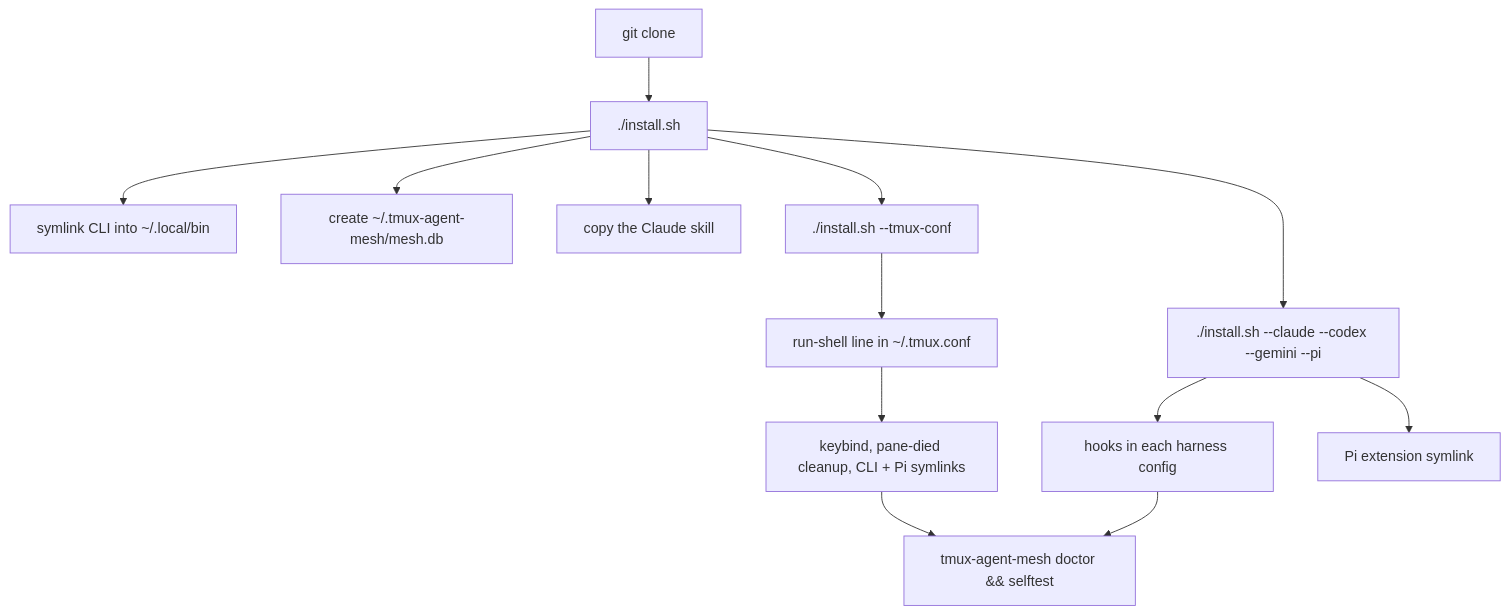
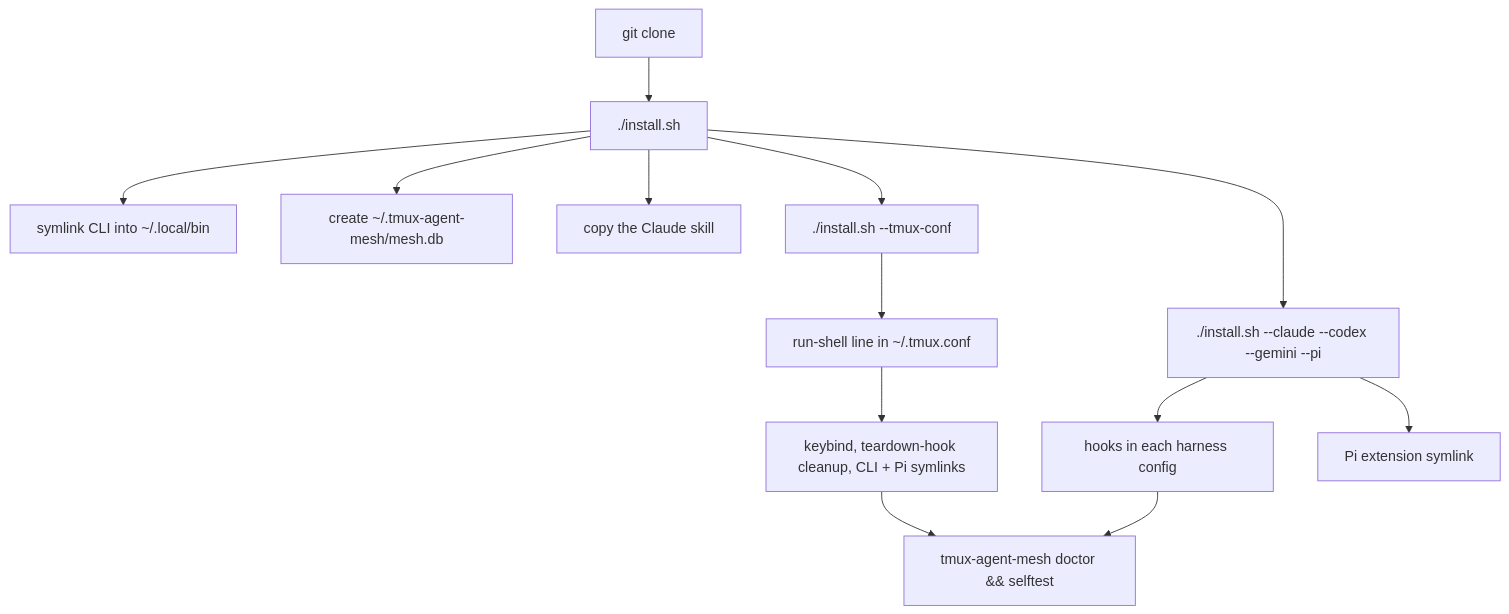
The fifth of 14 diagrams in README.md (KakkoiDev/tmux-agent-mesh), drawn with Mermaid before and after one commit. The commit also changed other lines of this file and 4 other files, not shown here.

````diff
--- a/README.md
+++ b/README.md
@@ -160,18 +160,18 @@
 ```mermaid
 flowchart TB
     Clone["git clone"] --> Base["./install.sh"]
     Base --> B1["symlink CLI into ~/.local/bin"]
     Base --> B2["create ~/.tmux-agent-mesh/mesh.db"]
     Base --> B3["copy the Claude skill"]
 
     Base --> Conf["./install.sh --tmux-conf"]
     Conf --> C1["run-shell line in ~/.tmux.conf"]
-    C1 --> C2["keybind, pane-died cleanup, CLI + Pi symlinks"]
+    C1 --> C2["keybind, teardown-hook cleanup, CLI + Pi symlinks"]
 
     Base --> Harness["./install.sh --claude --codex --gemini --pi"]
     Harness --> H1["hooks in each harness config"]
     Harness --> H2["Pi extension symlink"]
 
     C2 --> Check["tmux-agent-mesh doctor && selftest"]
     H1 --> Check
 ```
````
